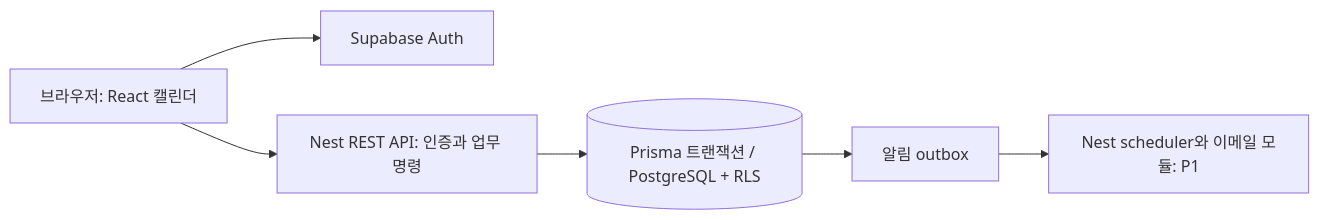
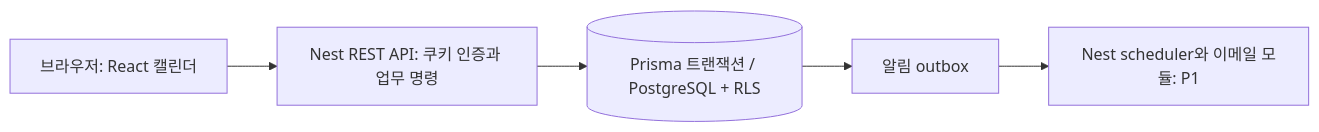
The diagram in docs/02_ARCHITECTURE.md (FrostYOON/Dayjoin), drawn with Mermaid before and after one commit. The commit also changed other lines of this file and 61 other files, not shown here.

Commit message:
feat: replace Supabase auth with official Nest email authentication

````diff
--- a/docs/02_ARCHITECTURE.md
+++ b/docs/02_ARCHITECTURE.md
@@ -81,8 +81,7 @@
 ```mermaid
 flowchart LR
-    U[브라우저: React 캘린더] --> A[Supabase Auth]
-    U --> Q[Nest REST API: 인증과 업무 명령]
+    U[브라우저: React 캘린더] --> Q[Nest REST API: 쿠키 인증과 업무 명령]
     Q --> D[(Prisma 트랜잭션 / PostgreSQL + RLS)]
     D --> O[알림 outbox]
     O --> N[Nest scheduler와 이메일 모듈: P1]
 ```
````
